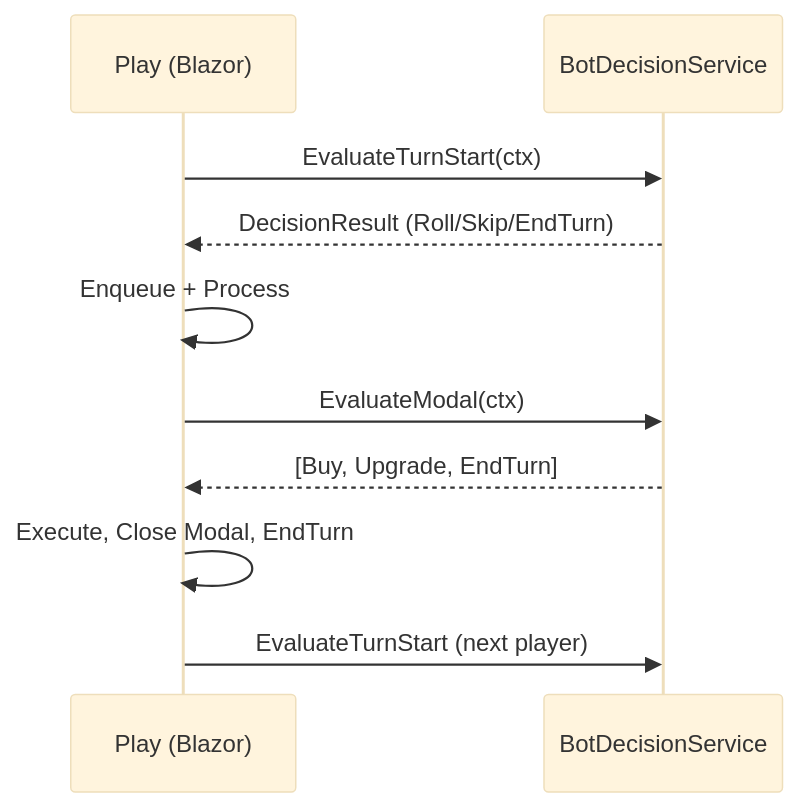
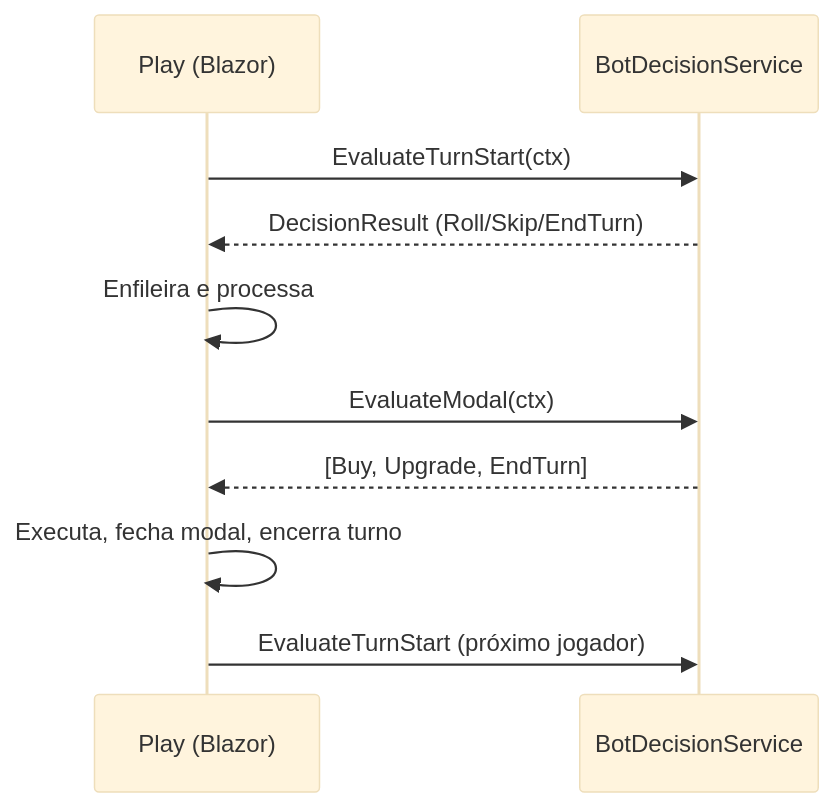
The fourth of 4 diagrams in README.md (felipepassion/UFF.Monopoly), drawn with Mermaid (base theme) before and after one commit. The commit also changed other lines of this file, not shown here.

````diff
--- a/README.md
+++ b/README.md
@@ -211,12 +211,12 @@
 ```mermaid
 sequenceDiagram
     participant UI as Play (Blazor)
     participant S as BotDecisionService
     UI->>S: EvaluateTurnStart(ctx)
     S-->>UI: DecisionResult (Roll/Skip/EndTurn)
-    UI->>UI: Enqueue + Process
+    UI->>UI: Enfileira e processa
     UI->>S: EvaluateModal(ctx)
     S-->>UI: [Buy, Upgrade, EndTurn]
-    UI->>UI: Execute, Close Modal, EndTurn
-    UI->>S: EvaluateTurnStart (next player)
+    UI->>UI: Executa, fecha modal, encerra turno
+    UI->>S: EvaluateTurnStart (próximo jogador)
 ```
````
